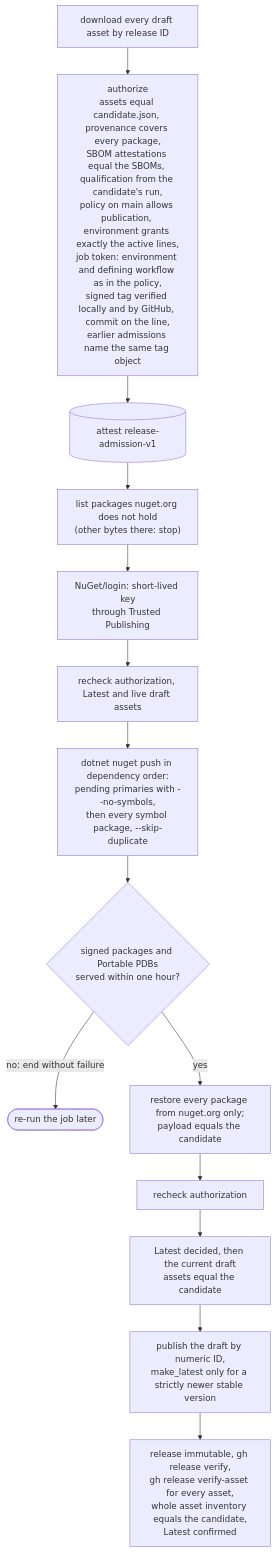
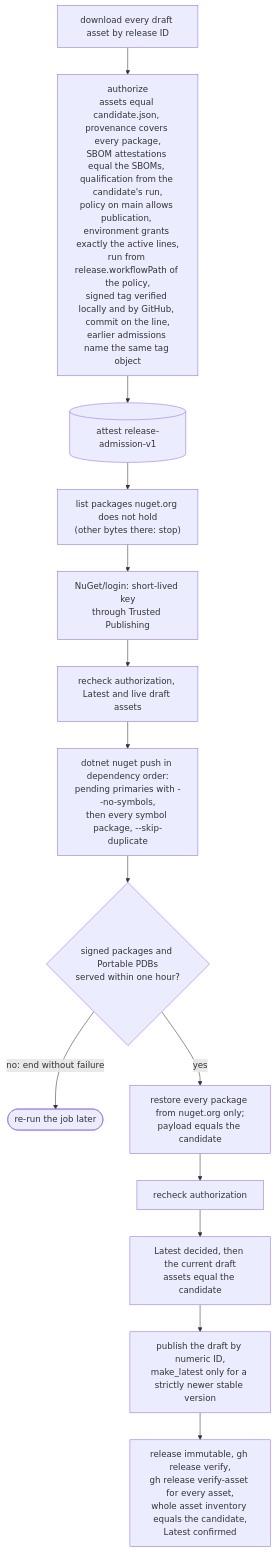
One commit to doka-labs/workflows changed diagram 13 of 19 in docs/overview.md. Above: the diagram before and after it, drawn with Mermaid. The commit also changed 5 other files, not shown here.

First line of the commit message:
fix(release): stop requesting an OIDC token in the publish tools (#14)

````diff
--- a/docs/overview.md
+++ b/docs/overview.md
@@ -349,16 +349,16 @@
 ```mermaid
 flowchart TB
-  dl["download every draft asset by release ID"] --> auth["authorize<br/>assets equal candidate.json, provenance covers every package,<br/>SBOM attestations equal the SBOMs, qualification from the candidate's run,<br/>policy on main allows publication, environment grants exactly the active lines,<br/>job token: environment and defining workflow as in the policy,<br/>signed tag verified locally and by GitHub, commit on the line,<br/>earlier admissions name the same tag object"]
+  dl["download every draft asset by release ID"] --> auth["authorize<br/>assets equal candidate.json, provenance covers every package,<br/>SBOM attestations equal the SBOMs, qualification from the candidate's run,<br/>policy on main allows publication, environment grants exactly the active lines,<br/>run from release.workflowPath of the policy,<br/>signed tag verified locally and by GitHub, commit on the line,<br/>earlier admissions name the same tag object"]
   auth --> adm[("attest release-admission-v1")]
   adm --> pending["list packages nuget.org does not hold<br/>(other bytes there: stop)"]
   pending --> login["NuGet/login: short-lived key<br/>through Trusted Publishing"]
   login --> recheck["recheck authorization, Latest and live draft assets"]
   recheck --> push["dotnet nuget push in dependency order:<br/>pending primaries with --no-symbols,<br/>then every symbol package, --skip-duplicate"]
   push --> readback{"signed packages and Portable PDBs<br/>served within one hour?"}
   readback -- "no: end without failure" --> rerun(["re-run the job later"])
   readback -- yes --> consumer["restore every package from nuget.org only;<br/>payload equals the candidate"]
   consumer --> recheck2["recheck authorization"]
   recheck2 --> cur["Latest decided, then the current draft<br/>assets equal the candidate"]
   cur --> rel["publish the draft by numeric ID,<br/>make_latest only for a strictly newer stable version"]
   rel --> verify["release immutable, gh release verify,<br/>gh release verify-asset for every asset,<br/>whole asset inventory equals the candidate,<br/>Latest confirmed"]
 ```
````
